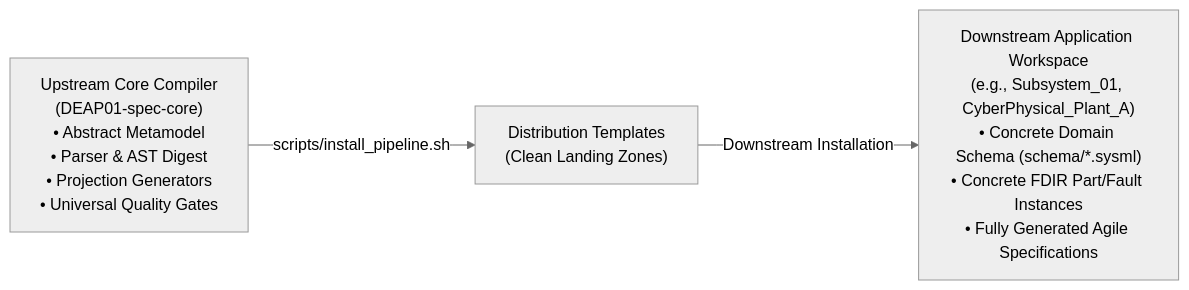
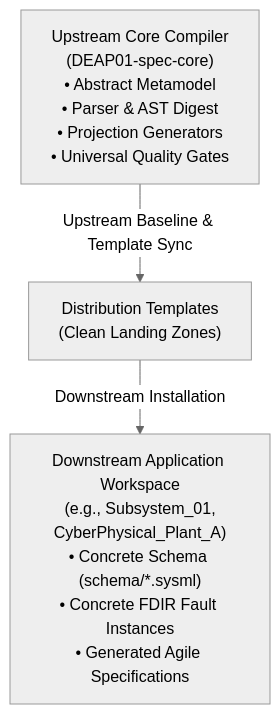
One commit to gintatkinson/DEAP01-spec-core changed the third of 3 diagrams in docs/architecture/blueprints/DEAP_DOMAIN_INDEPENDENT_FDIR_BLUEPRINT.md. Above: the diagram before and after it, drawn with Mermaid (neutral theme). The commit also changed other lines of this file and 28 other files, not shown here.

Commit message:
feat(verify-baseline,deap-core,compile-sysml): implement Option C blueprint capabilities and Check 37 blueprint grounding gate

````diff
--- a/docs/architecture/blueprints/DEAP_DOMAIN_INDEPENDENT_FDIR_BLUEPRINT.md
+++ b/docs/architecture/blueprints/DEAP_DOMAIN_INDEPENDENT_FDIR_BLUEPRINT.md
@@ -229,5 +233,5 @@
 ```mermaid
-flowchart LR
-    UPSTREAM["Upstream Core Compiler<br/>(DEAP01-spec-core)<br/>• Abstract Metamodel<br/>• Parser & AST Digest<br/>• Projection Generators<br/>• Universal Quality Gates"] -->|"scripts/install_pipeline.sh"| TEMPLATES["Distribution Templates<br/>(Clean Landing Zones)"]
-    TEMPLATES -->|"Downstream Installation"| WORKSPACE["Downstream Application Workspace<br/>(e.g., Subsystem_01, CyberPhysical_Plant_A)<br/>• Concrete Domain Schema (schema/*.sysml)<br/>• Concrete FDIR Part/Fault Instances<br/>• Fully Generated Agile Specifications"]
+flowchart TD
+    UPSTREAM["Upstream Core Compiler<br/>(DEAP01-spec-core)<br/>• Abstract Metamodel<br/>• Parser & AST Digest<br/>• Projection Generators<br/>• Universal Quality Gates"] -->|"Upstream Baseline & Template Sync"| TEMPLATES["Distribution Templates<br/>(Clean Landing Zones)"]
+    TEMPLATES -->|"Downstream Installation"| WORKSPACE["Downstream Application Workspace<br/>(e.g., Subsystem_01,<br/>CyberPhysical_Plant_A)<br/>• Concrete Schema (schema/*.sysml)<br/>• Concrete FDIR Fault Instances<br/>• Generated Agile Specifications"]
 ```
````
